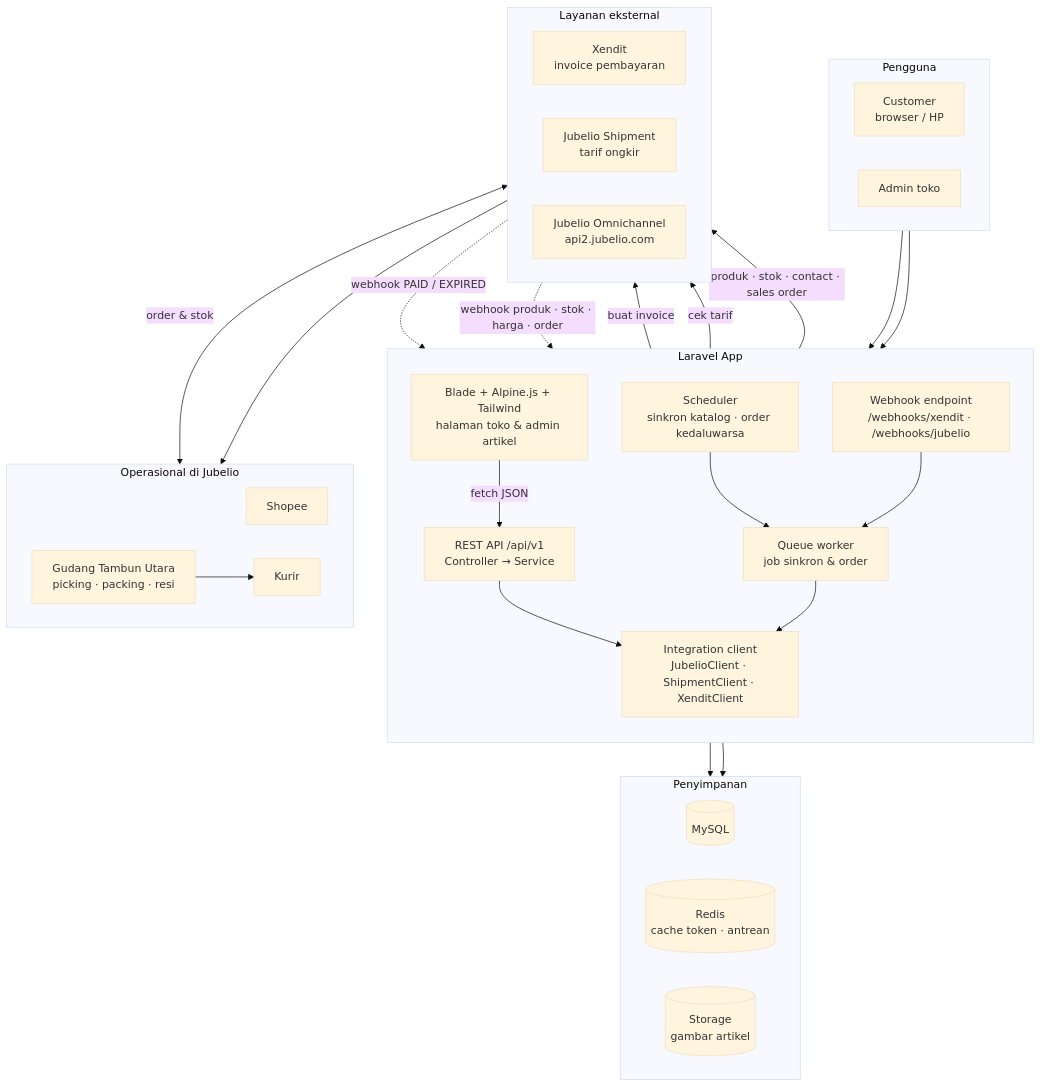
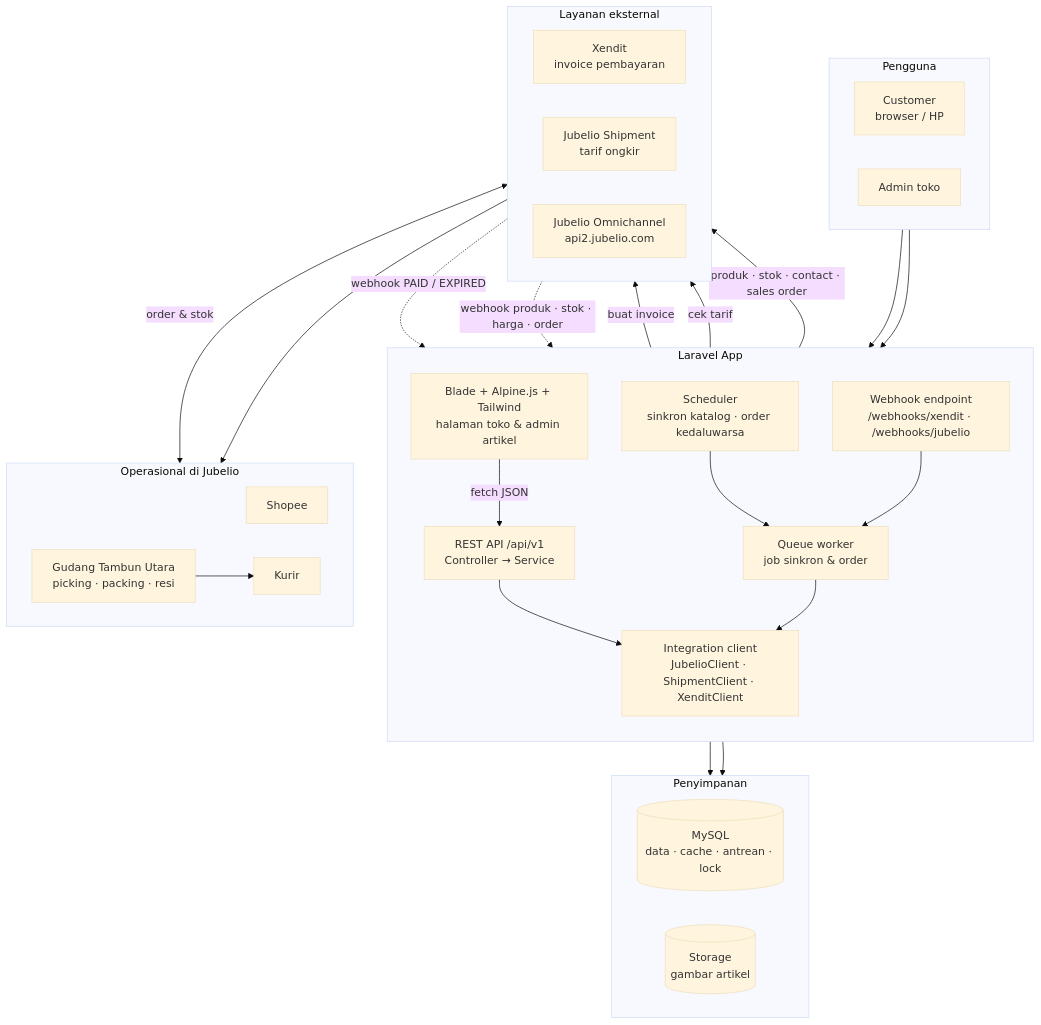
Before and after one commit to Zhafransss/E-Commers-Saeful-Askar: the first of 2 diagrams in docs/arsitektur-sistem.md, drawn with Mermaid (base theme). The commit also changed other lines of this file and 8 other files, not shown here.

First line of the commit message:
docs: add ERD v2 and align docs with no-Redis and v1 scope

````diff
--- a/docs/arsitektur-sistem.md
+++ b/docs/arsitektur-sistem.md
@@ -8,56 +8,55 @@
 ```mermaid
 flowchart TB
   subgraph U["Pengguna"]
     direction LR
     C["Customer<br/>browser / HP"]
     A["Admin toko"]
   end
 
   subgraph APP["Laravel App"]
     direction TB
     WEB["Blade + Alpine.js + Tailwind<br/>halaman toko & admin artikel"]
     API["REST API /api/v1<br/>Controller → Service"]
     WH["Webhook endpoint<br/>/webhooks/xendit · /webhooks/jubelio"]
     Q["Queue worker<br/>job sinkron & order"]
     SCH["Scheduler<br/>sinkron katalog · order kedaluwarsa"]
     CL["Integration client<br/>JubelioClient · ShipmentClient · XenditClient"]
   end
 
   subgraph DATA["Penyimpanan"]
     direction LR
-    DB[("MySQL")]
-    RD[("Redis<br/>cache token · antrean")]
+    DB[("MySQL<br/>data · cache · antrean · lock")]
     ST[("Storage<br/>gambar artikel")]
   end
 
   subgraph EXT["Layanan eksternal"]
     direction LR
     XD["Xendit<br/>invoice pembayaran"]
     JS["Jubelio Shipment<br/>tarif ongkir"]
     JB["Jubelio Omnichannel<br/>api2.jubelio.com"]
   end
 
   subgraph OPS["Operasional di Jubelio"]
     direction LR
     SP["Shopee"]
     WMS["Gudang Tambun Utara<br/>picking · packing · resi"]
     KR["Kurir"]
   end
 
   C --> WEB
   A --> WEB
   WEB -->|"fetch JSON"| API
   API --> CL
   SCH --> Q
   WH --> Q
   Q --> CL
   API --> DATA
   Q --> DATA
   CL -->|"buat invoice"| XD
   CL -->|"cek tarif"| JS
   CL -->|"produk · stok · contact · sales order"| JB
   XD -.->|"webhook PAID / EXPIRED"| WH
   JB -.->|"webhook produk · stok · harga · order"| WH
   JB <-->|"order & stok"| SP
   JB --> WMS --> KR
 ```
````
